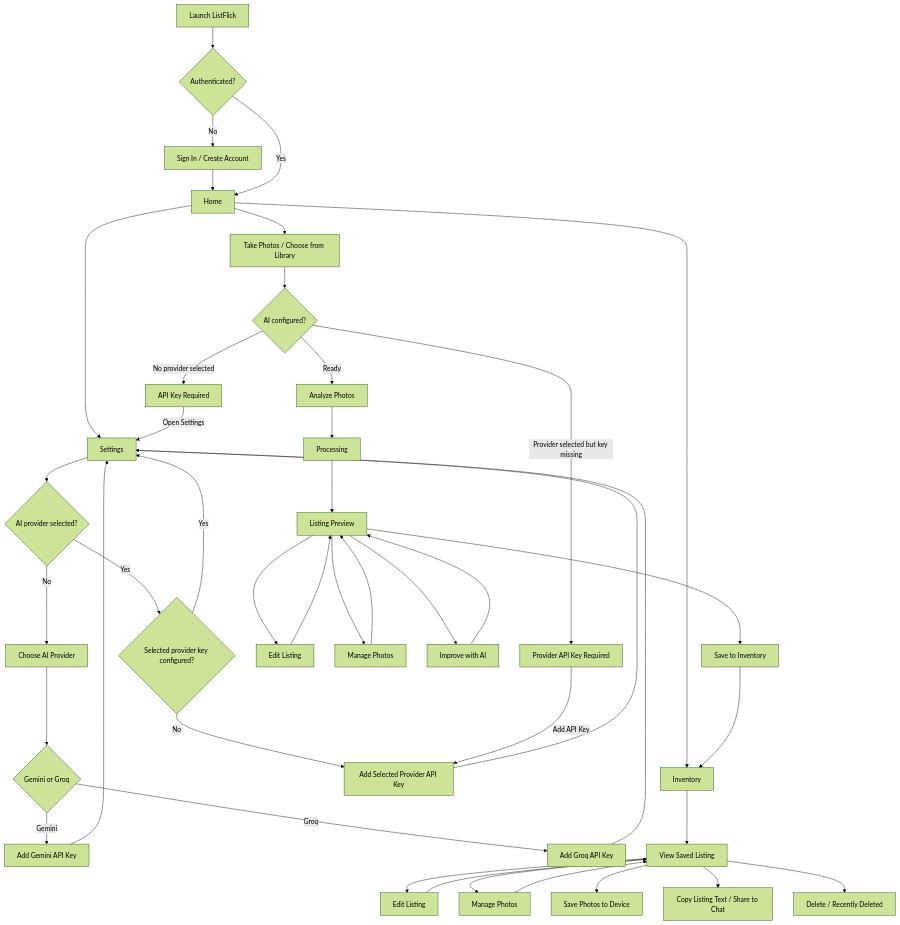
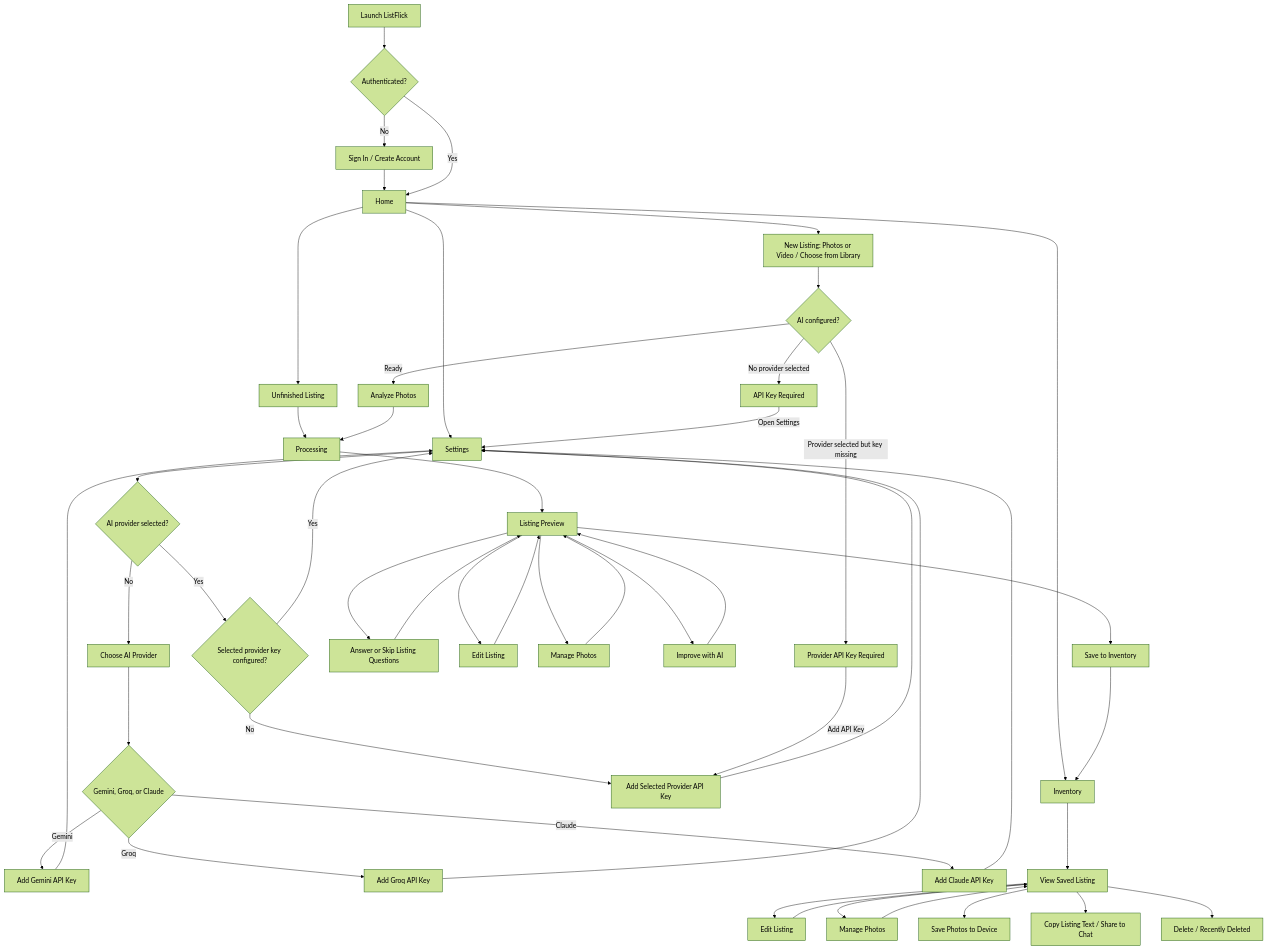
Before and after one commit to ti84plusprograms/listflick: the diagram in docs/user-flow.mmd, drawn with Mermaid (forest theme). The commit also changed 28 other files, not shown here.

```diff
--- a/docs/user-flow.mmd
+++ b/docs/user-flow.mmd
@@ -1,66 +1,73 @@
 flowchart TD
     A[Launch ListFlick] --> B{Authenticated?}
 
     B -->|No| C[Sign In / Create Account]
     C --> D[Home]
     B -->|Yes| D
 
-    D --> E[Take Photos / Choose from Library]
+    D --> E[New Listing: Photos or Video / Choose from Library]
+    D --> U[Unfinished Listing]
+    U --> G
     D --> I[Inventory]
     D --> S[Settings]
 
     %% First-time AI configuration
     S --> P{AI provider selected?}
 
     P -->|No| P1[Choose AI Provider]
-    P1 --> P2{Gemini or Groq}
+    P1 --> P2{Gemini, Groq, or Claude}
     P2 -->|Gemini| P3[Add Gemini API Key]
     P2 -->|Groq| P4[Add Groq API Key]
+    P2 -->|Claude| P6[Add Claude API Key]
 
     P3 --> S
     P4 --> S
+    P6 --> S
 
     P -->|Yes| PK{Selected provider key configured?}
     PK -->|No| P5[Add Selected Provider API Key]
     P5 --> S
     PK -->|Yes| S
 
     %% Listing creation
     E --> K{AI configured?}
 
     K -->|No provider selected| K1[API Key Required]
     K1 -->|Open Settings| S
 
     K -->|Provider selected but key missing| K2[Provider API Key Required]
     K2 -->|Add API Key| P5
 
     K -->|Ready| F[Analyze Photos]
     F --> G[Processing]
     G --> H[Listing Preview]
 
     %% Review workspace
+    H --> QA[Answer or Skip Listing Questions]
+    QA --> H
+
     H --> J[Edit Listing]
     J --> H
 
     H --> M[Manage Photos]
     M --> H
 
     H --> N[Improve with AI]
     N --> H
 
     H --> O[Save to Inventory]
     O --> I
 
     %% Saved listing flow
     I --> L[View Saved Listing]
 
     L --> J2[Edit Listing]
     J2 --> L
 
     L --> M2[Manage Photos]
     M2 --> L
 
     L --> Q[Save Photos to Device]
     L --> R[Copy Listing Text / Share to Chat]
 
     L --> T[Delete / Recently Deleted]
```
